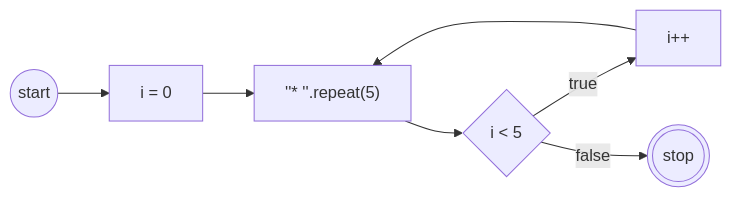
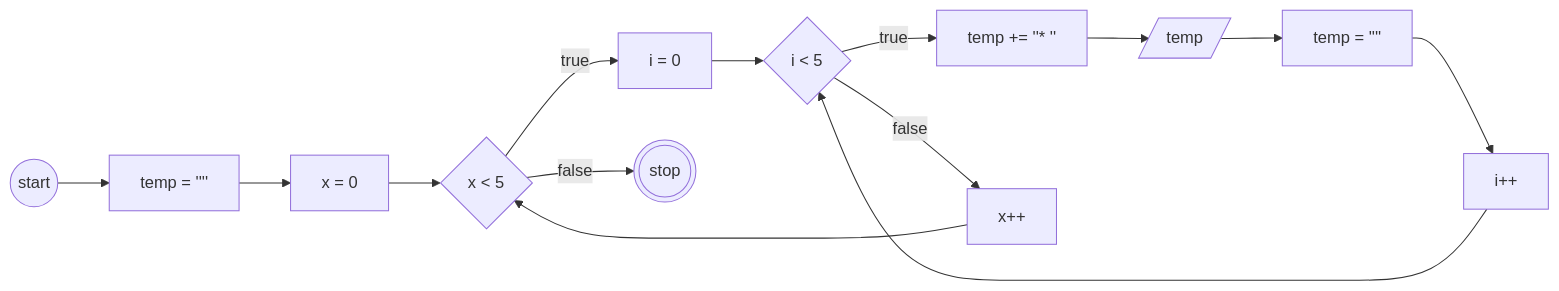
The diagram in README.md (ecenn/koda-b10-javascript3), drawn with Mermaid before and after one commit. The commit also changed 1 other file, not shown here.

````diff
--- a/README.md
+++ b/README.md
@@ -17,18 +17,30 @@
 ```mermaid
 
 flowchart LR
 
 a((start))
-b[i = 0]
-c["''* ''.repeat(5)"]
-d{i < 5}
-e[i++]
+b[temp = '''']
+c[x = 0]
+d{x < 5}
+e[i = 0]
+f{i < 5}
+g[temp += ''* '']
+h[/temp/]
+i[temp = '''']
+j[i++]
+k[x++]
 z(((stop)))
 
-a --> b
-b --> c
-c --> d
-d --true--> e
+a --> b --> c --> d
+d --true--> e --> f
+f --true--> g
+g --> h
+h --> i
+i --> j
+j --> f
+f --false--> k
+k --> d
 d --false--> z
-e --> c
+
+
 ```
````
